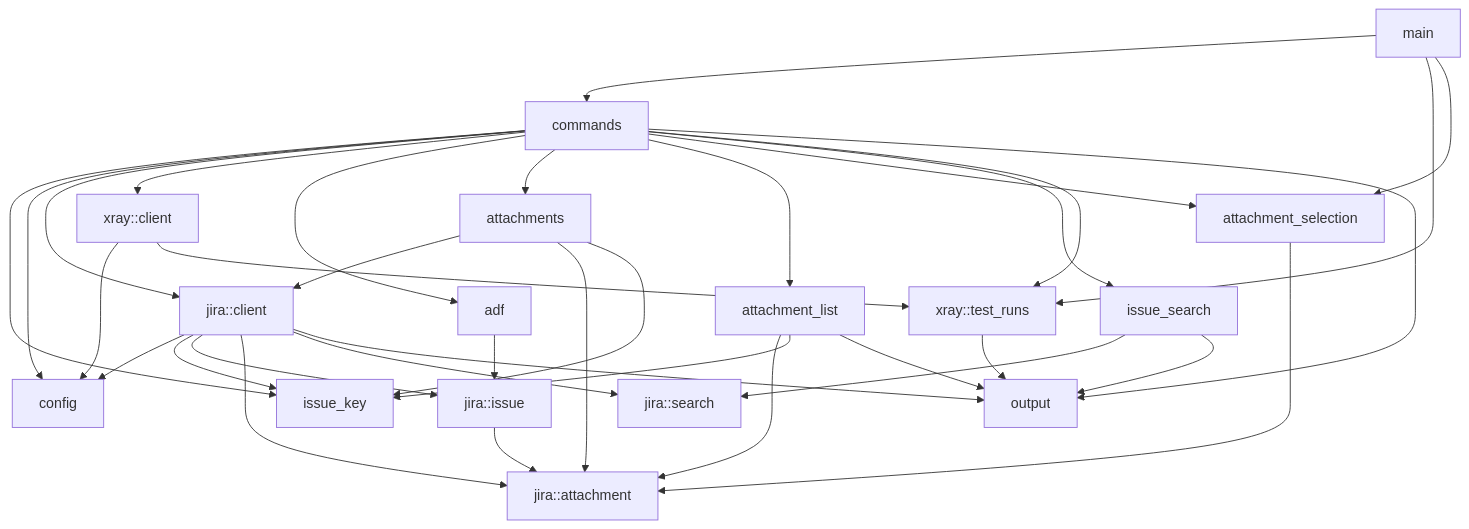
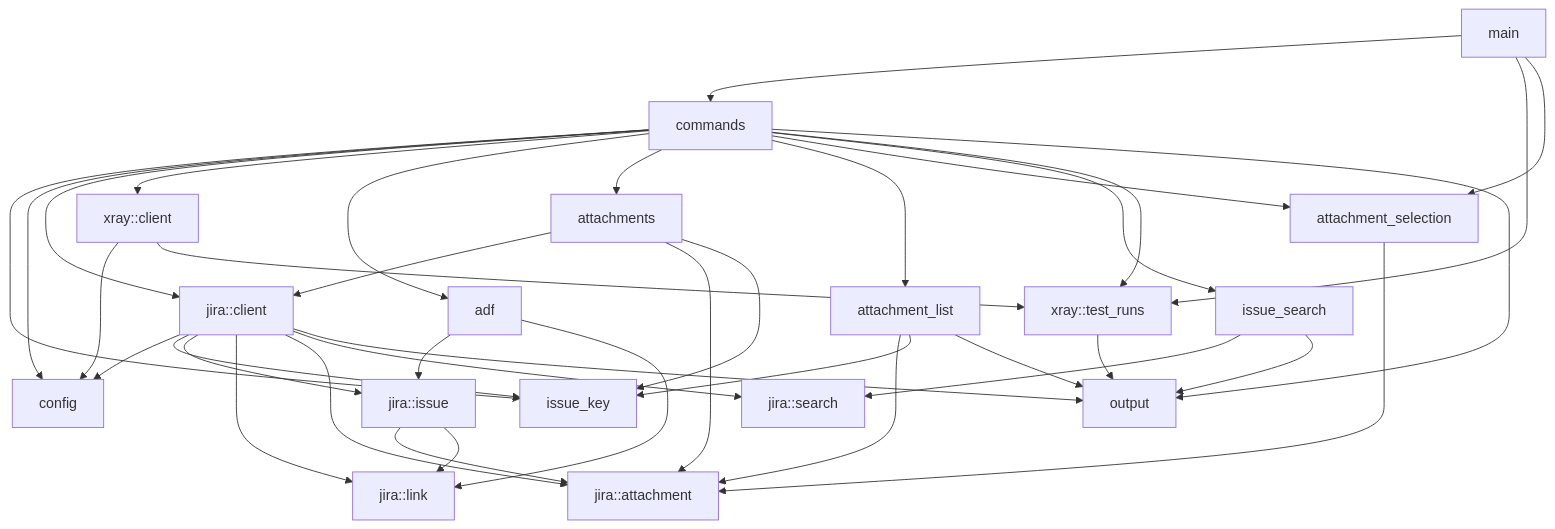
The second of 2 diagrams in docs/architecture.md (remshams/jira-adapter), drawn with Mermaid before and after one commit. The commit also changed other lines of this file and 1 other file, not shown here.

First line of the commit message:
docs(Architecture): describe links in issue read

````diff
--- a/docs/architecture.md
+++ b/docs/architecture.md
@@ -132,37 +140,40 @@
 ```mermaid
 flowchart TD
     Main[main] --> Commands[commands]
     Main --> TestRuns[xray::test_runs]
     Main --> AttachmentSelection[attachment_selection]
     Commands --> IssueKey[issue_key]
     Commands --> Config[config]
     Commands --> JiraClient[jira::client]
     Commands --> XrayClient[xray::client]
     Commands --> Adf[adf]
     Commands --> Attachments[attachments]
     Commands --> AttachmentList[attachment_list]
     Commands --> AttachmentSelection
     Commands --> IssueSearch[issue_search]
     Commands --> TestRuns
     Commands --> Output[output]
     Adf --> JiraModels[jira::issue]
+    Adf --> JiraLink[jira::link]
     Attachments --> JiraClient
     Attachments --> JiraAttachment[jira::attachment]
     Attachments --> IssueKey
     IssueSearch --> JiraSearch[jira::search]
     AttachmentList --> JiraAttachment
     AttachmentSelection --> JiraAttachment
     AttachmentList --> IssueKey
     AttachmentList --> Output
     IssueSearch --> Output
     JiraClient --> Config
     JiraClient --> IssueKey
     JiraClient --> JiraModels
     JiraModels --> JiraAttachment
+    JiraModels --> JiraLink
+    JiraClient --> JiraLink
     JiraClient --> JiraAttachment
     JiraClient --> JiraSearch
     JiraClient --> Output
     XrayClient --> Config
     XrayClient --> TestRuns
     TestRuns --> Output
 ```
````
